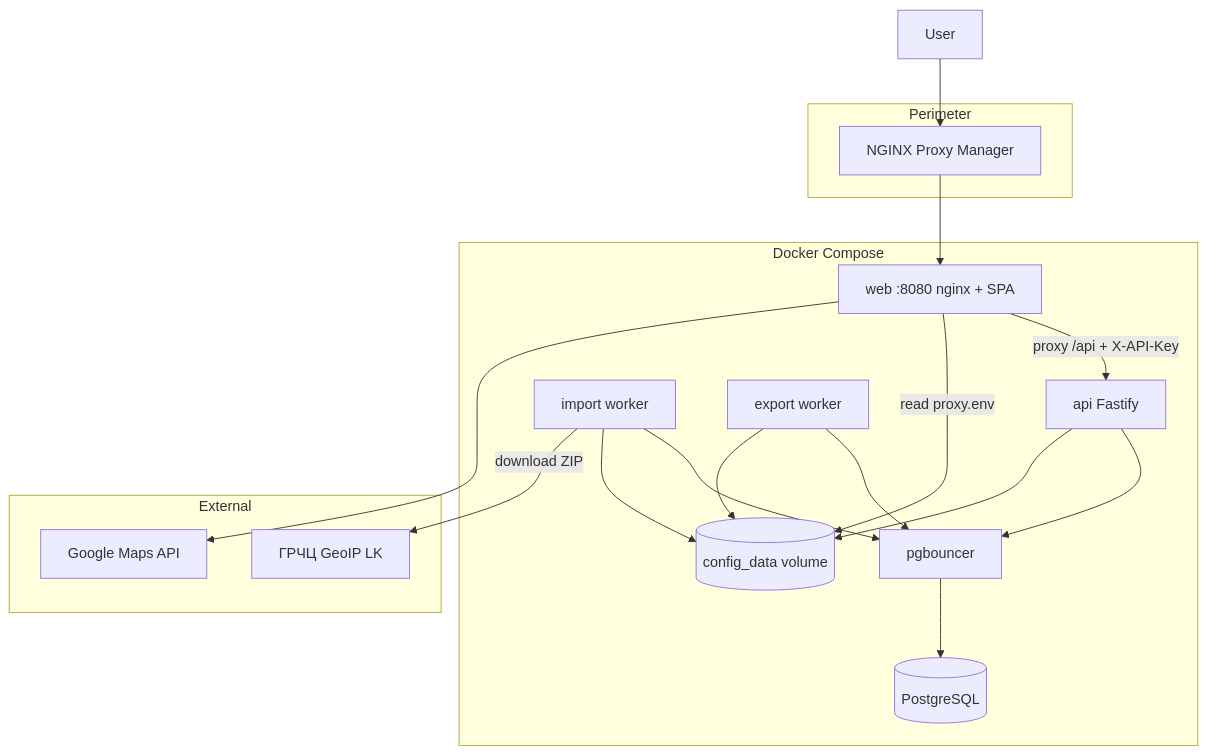
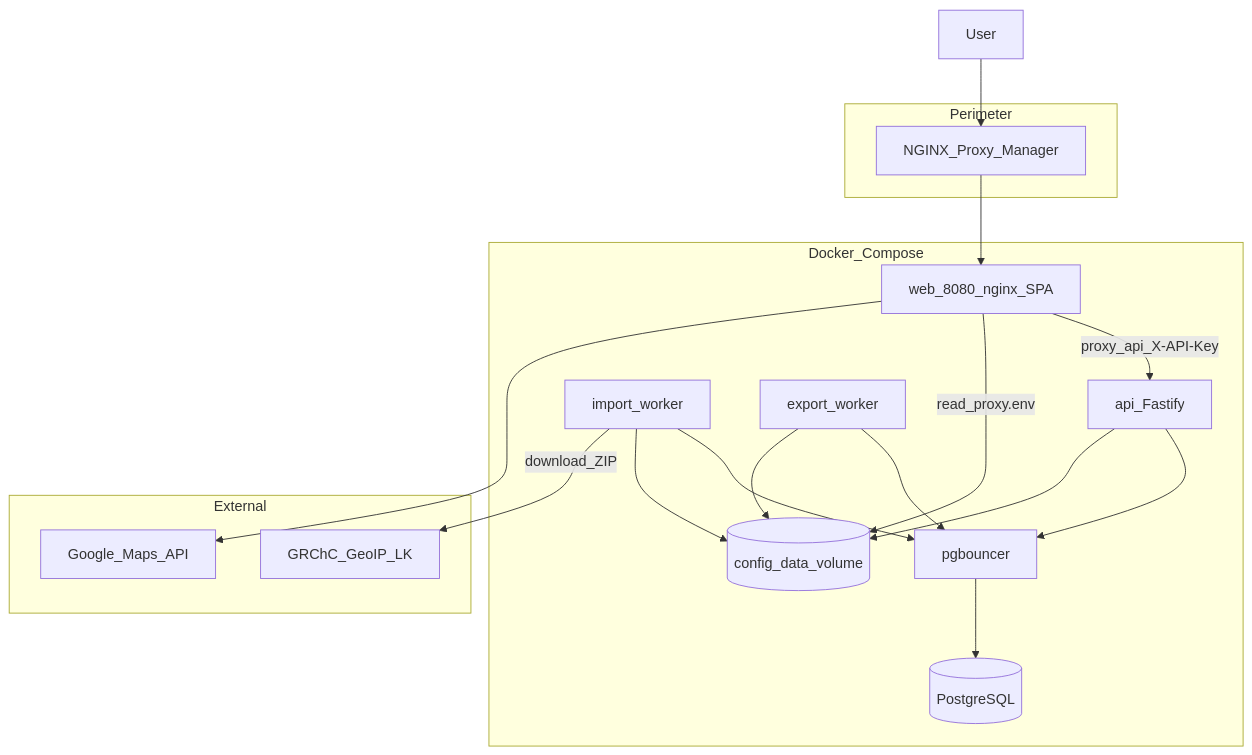
Before and after one commit to finenumbers/geoip: the diagram in docs/АРХИТЕКТУРА.md, drawn with Mermaid. The commit also changed other lines of this file and 24 other files, not shown here.

````diff
--- a/docs/АРХИТЕКТУРА.md
+++ b/docs/АРХИТЕКТУРА.md
@@ -14,33 +16,33 @@
 ```mermaid
 flowchart TB
   subgraph perimeter [Perimeter]
-    NPM[NGINX Proxy Manager]
+    NPM[NGINX_Proxy_Manager]
   end
 
-  subgraph compose [Docker Compose]
-    WEB[web :8080 nginx + SPA]
-    API[api Fastify]
-    IMP[import worker]
-    EXP[export worker]
+  subgraph compose [Docker_Compose]
+    WEB[web_8080_nginx_SPA]
+    API[api_Fastify]
+    IMP[import_worker]
+    EXP[export_worker]
     PGB[pgbouncer]
     PG[(PostgreSQL)]
-    CFG[(config_data volume)]
+    CFG[(config_data_volume)]
   end
 
   subgraph external [External]
-    GRChC[ГРЧЦ GeoIP LK]
-    GMaps[Google Maps API]
+    GRChC[GRChC_GeoIP_LK]
+    GMaps[Google_Maps_API]
   end
 
   User --> NPM --> WEB
-  WEB -->|proxy /api + X-API-Key| API
-  WEB -->|read proxy.env| CFG
+  WEB -->|proxy_api_X-API-Key| API
+  WEB -->|read_proxy.env| CFG
   API --> PGB --> PG
   IMP --> PGB
   EXP --> PGB
   API --> CFG
   IMP --> CFG
   EXP --> CFG
-  IMP -->|download ZIP| GRChC
+  IMP -->|download_ZIP| GRChC
   WEB --> GMaps
 ```
````
